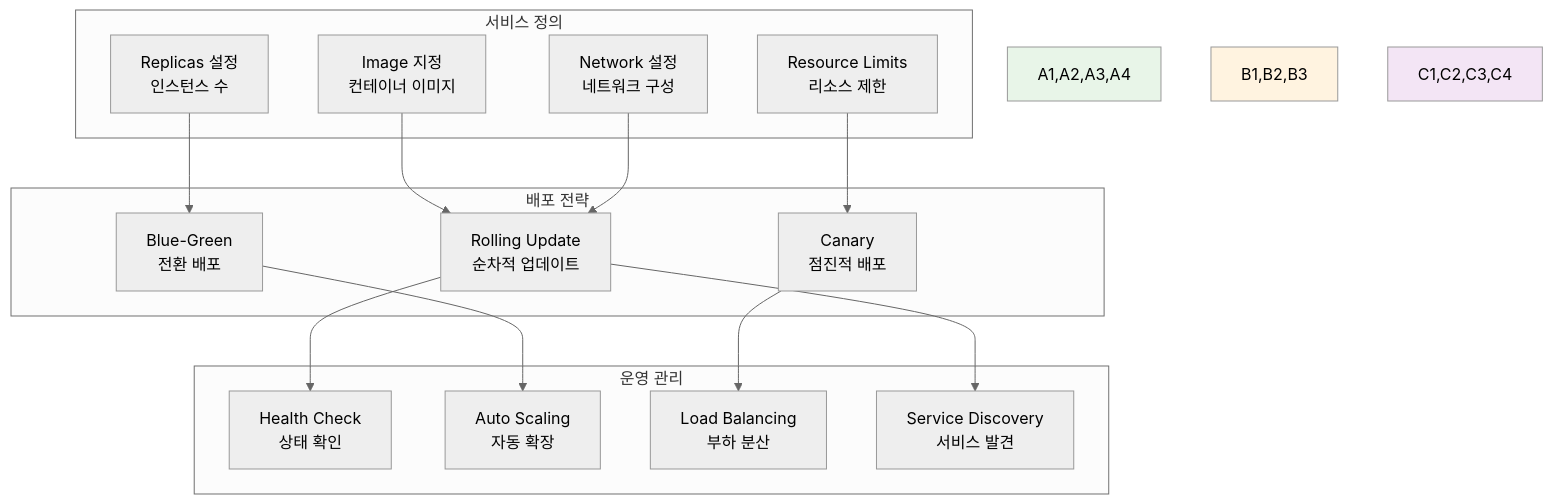
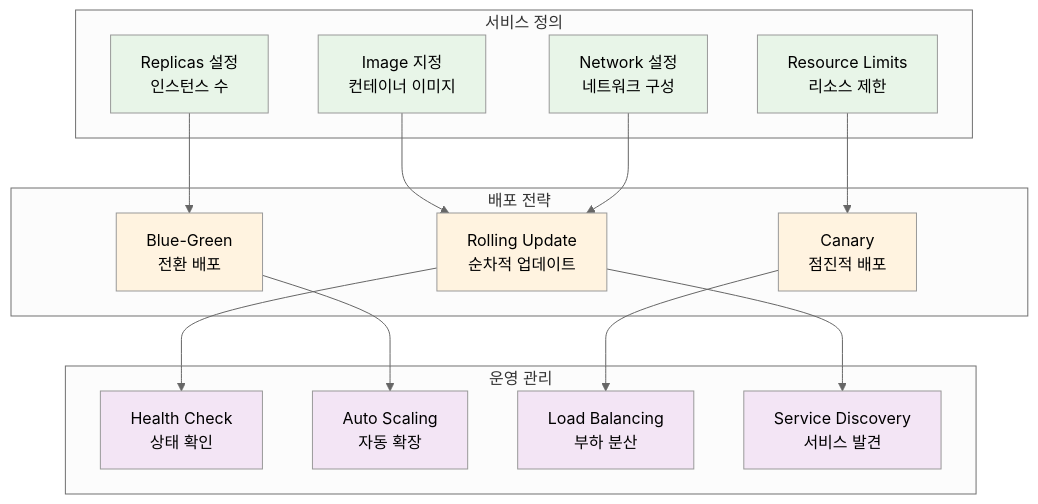
One commit to niceguy61/kdt_devops_lecture_2025 changed the third of 4 diagrams in theory/week_02/day3/session_3.md. Above: the diagram before and after it, drawn with Mermaid (neutral theme). The commit also changed other lines of this file and 63 other files, not shown here.

````diff
--- a/theory/week_02/day3/session_3.md
+++ b/theory/week_02/day3/session_3.md
@@ -124,36 +131,44 @@
 ```mermaid
 graph TB
     subgraph "서비스 정의"
         A1[Image 지정<br/>컨테이너 이미지]
         A2[Replicas 설정<br/>인스턴스 수]
         A3[Resource Limits<br/>리소스 제한]
         A4[Network 설정<br/>네트워크 구성]
     end
     
     subgraph "배포 전략"
         B1[Rolling Update<br/>순차적 업데이트]
         B2[Blue-Green<br/>전환 배포]
         B3[Canary<br/>점진적 배포]
     end
     
     subgraph "운영 관리"
         C1[Health Check<br/>상태 확인]
         C2[Auto Scaling<br/>자동 확장]
         C3[Load Balancing<br/>부하 분산]
         C4[Service Discovery<br/>서비스 발견]
     end
     
     A1 --> B1
     A2 --> B2
     A3 --> B3
     A4 --> B1
     
     B1 --> C1
     B2 --> C2
     B3 --> C3
     B1 --> C4
     
-    style A1,A2,A3,A4 fill:#e8f5e8
-    style B1,B2,B3 fill:#fff3e0
-    style C1,C2,C3,C4 fill:#f3e5f5
+    style A1 fill:#e8f5e8
+    style A2 fill:#e8f5e8
+    style A3 fill:#e8f5e8
+    style A4 fill:#e8f5e8
+    style B1 fill:#fff3e0
+    style B2 fill:#fff3e0
+    style B3 fill:#fff3e0
+    style C1 fill:#f3e5f5
+    style C2 fill:#f3e5f5
+    style C3 fill:#f3e5f5
+    style C4 fill:#f3e5f5
 ```
````
